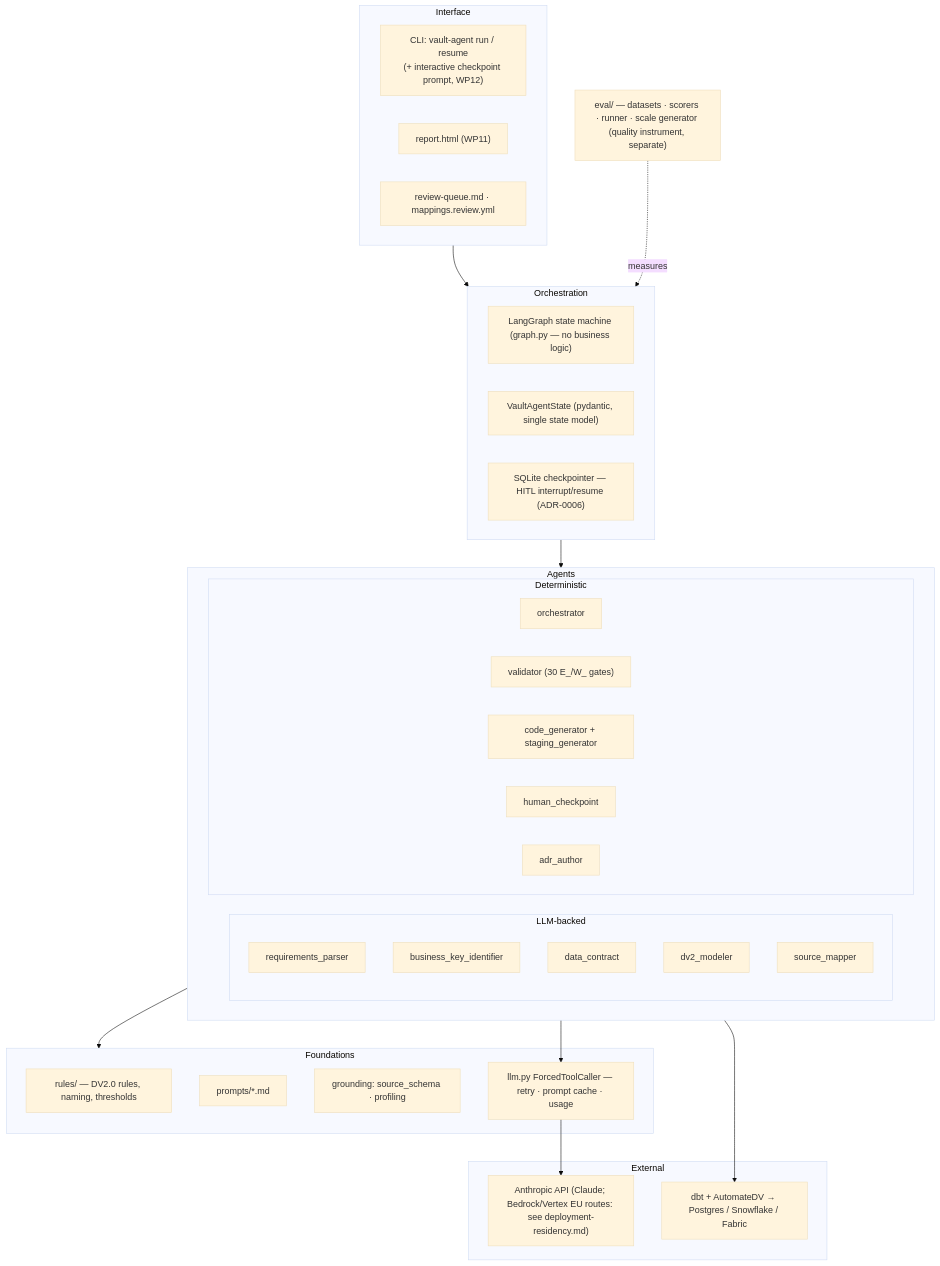
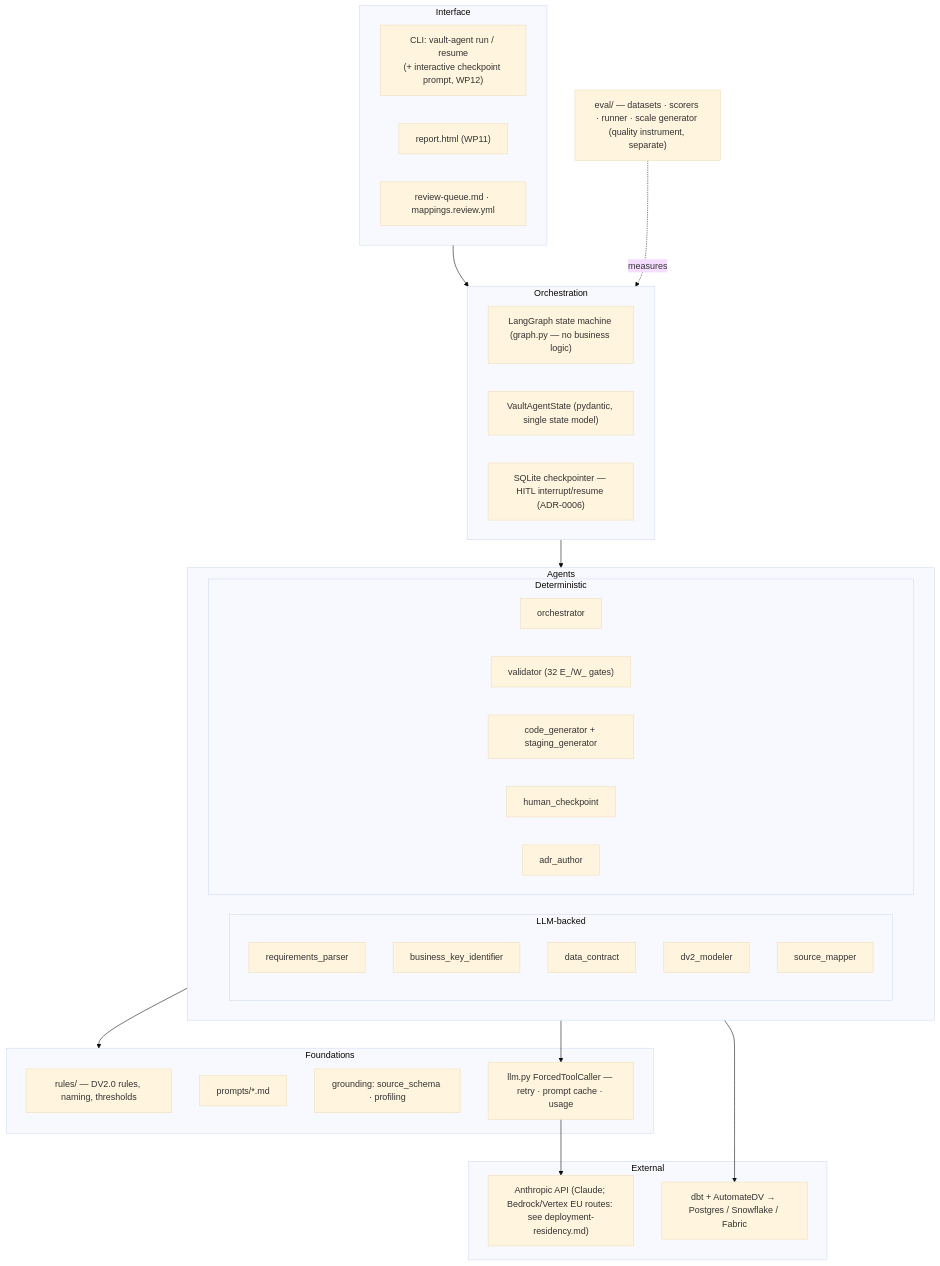
Before and after one commit to mischa76/vault-agent: the first of 2 diagrams in docs/architecture/3-diagrams.md, drawn with Mermaid (base theme). The commit also changed other lines of this file and 8 other files, not shown here.

````diff
--- a/docs/architecture/3-diagrams.md
+++ b/docs/architecture/3-diagrams.md
@@ -9,51 +9,51 @@
 ```mermaid
 flowchart TB
     subgraph IF["Interface"]
         CLI["CLI: vault-agent run / resume<br/>(+ interactive checkpoint prompt, WP12)"]
         REP["report.html (WP11)"]
         RQ["review-queue.md · mappings.review.yml"]
     end
 
     subgraph ORCH["Orchestration"]
         GRAPH["LangGraph state machine (graph.py — no business logic)"]
         STATE["VaultAgentState (pydantic, single state model)"]
         CKPT["SQLite checkpointer — HITL interrupt/resume (ADR-0006)"]
     end
 
     subgraph AGENTS["Agents"]
         direction LR
         subgraph LLMA["LLM-backed"]
             RP["requirements_parser"]
             BK["business_key_identifier"]
             DC["data_contract"]
             DM["dv2_modeler"]
             SM["source_mapper"]
         end
         subgraph DETA["Deterministic"]
             OR["orchestrator"]
-            VAL["validator (30 E_/W_ gates)"]
+            VAL["validator (32 E_/W_ gates)"]
             CG["code_generator + staging_generator"]
             HC["human_checkpoint"]
             AA["adr_author"]
         end
     end
 
     subgraph FOUND["Foundations"]
         RULES["rules/ — DV2.0 rules, naming, thresholds"]
         PROMPTS["prompts/*.md"]
         GROUND["grounding: source_schema · profiling"]
         LLM["llm.py ForcedToolCaller — retry · prompt cache · usage"]
     end
 
     subgraph EXT["External"]
         API["Anthropic API (Claude; Bedrock/Vertex EU routes: see deployment-residency.md)"]
         DBT["dbt + AutomateDV → Postgres / Snowflake / Fabric"]
     end
 
     EVAL["eval/ — datasets · scorers · runner · scale generator (quality instrument, separate)"]
 
     IF --> ORCH --> AGENTS --> FOUND
     LLMA --> LLM --> API
     CG --> DBT
     EVAL -.measures.-> ORCH
 ```
````
